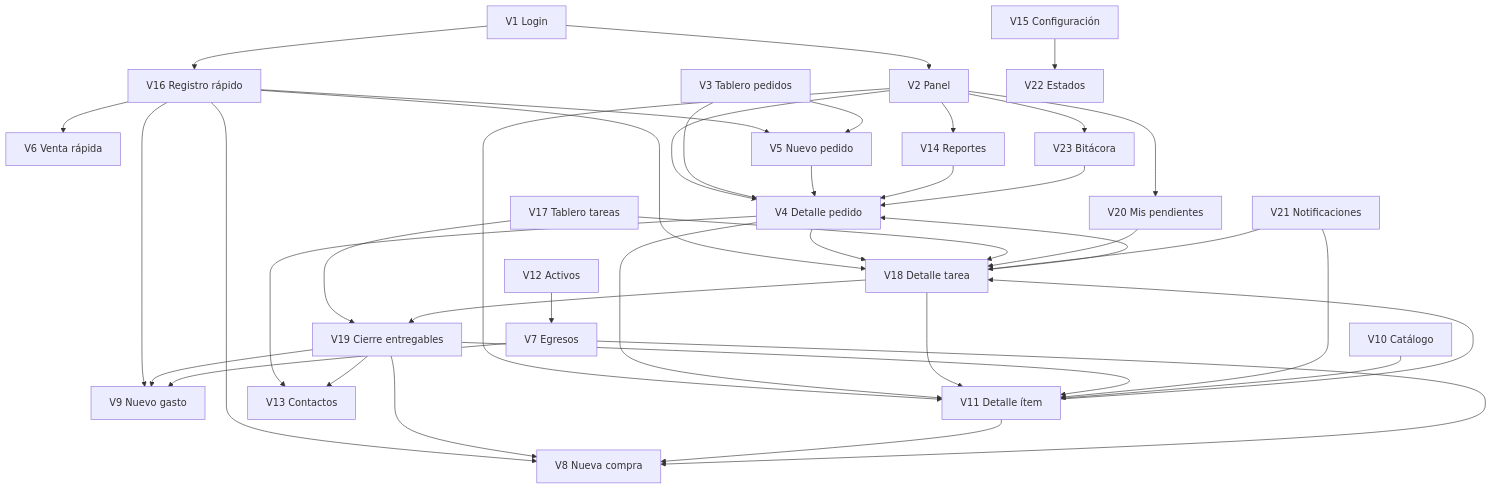
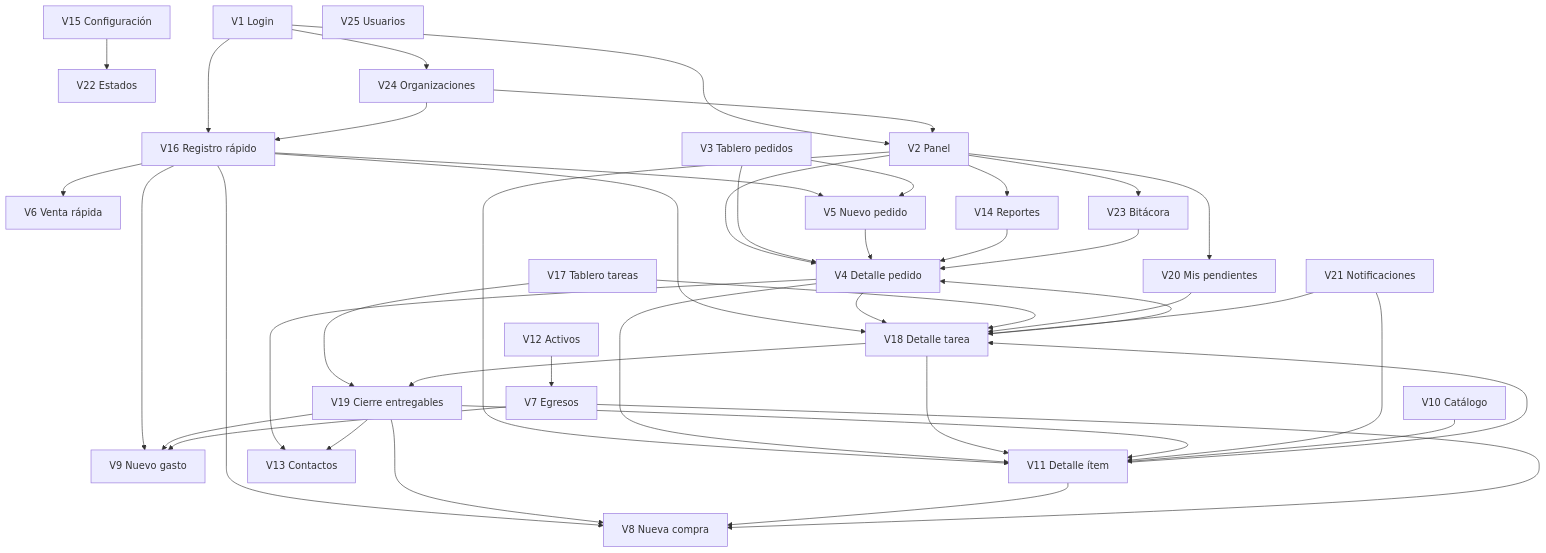
Before and after one commit to diegozambrana/kamay-app: the diagram in specs/PRD/kamay-mapa-navegacion-ui.md, drawn with Mermaid. The commit also changed other lines of this file and 150 other files, not shown here.

````diff
--- a/specs/PRD/kamay-mapa-navegacion-ui.md
+++ b/specs/PRD/kamay-mapa-navegacion-ui.md
@@ -429,48 +471,53 @@
 ```mermaid
 graph TD
     V1[V1 Login] --> V2[V2 Panel]
     V1 --> V16[V16 Registro rápido]
 
     V16 --> V6[V6 Venta rápida]
     V16 --> V5[V5 Nuevo pedido]
     V16 --> V8[V8 Nueva compra]
     V16 --> V9[V9 Nuevo gasto]
     V16 --> V18[V18 Detalle tarea]
 
     V2 --> V14[V14 Reportes]
     V2 --> V20[V20 Mis pendientes]
     V2 --> V4[V4 Detalle pedido]
     V2 --> V11[V11 Detalle ítem]
     V2 --> V23[V23 Bitácora]
 
     V3[V3 Tablero pedidos] --> V4
     V3 --> V5
     V5 --> V4
     V4 --> V18
     V4 --> V13[V13 Contactos]
     V4 --> V11
 
     V17[V17 Tablero tareas] --> V18
     V17 --> V19[V19 Cierre entregables]
     V18 --> V19
     V18 --> V4
     V18 --> V11
     V19 --> V8
     V19 --> V9
     V19 --> V11
     V19 --> V13
 
     V20 --> V18
     V21[V21 Notificaciones] --> V18
     V21 --> V11
 
     V10[V10 Catálogo] --> V11
     V11 --> V8
     V11 --> V18
     V12[V12 Activos] --> V7[V7 Egresos]
     V7 --> V8
     V7 --> V9
     V14 --> V4
     V15[V15 Configuración] --> V22[V22 Estados]
     V23 --> V4
+
+    V1 --> V24[V24 Organizaciones]
+    V24 --> V2
+    V24 --> V16
+    V25[V25 Usuarios]
 ```
````
